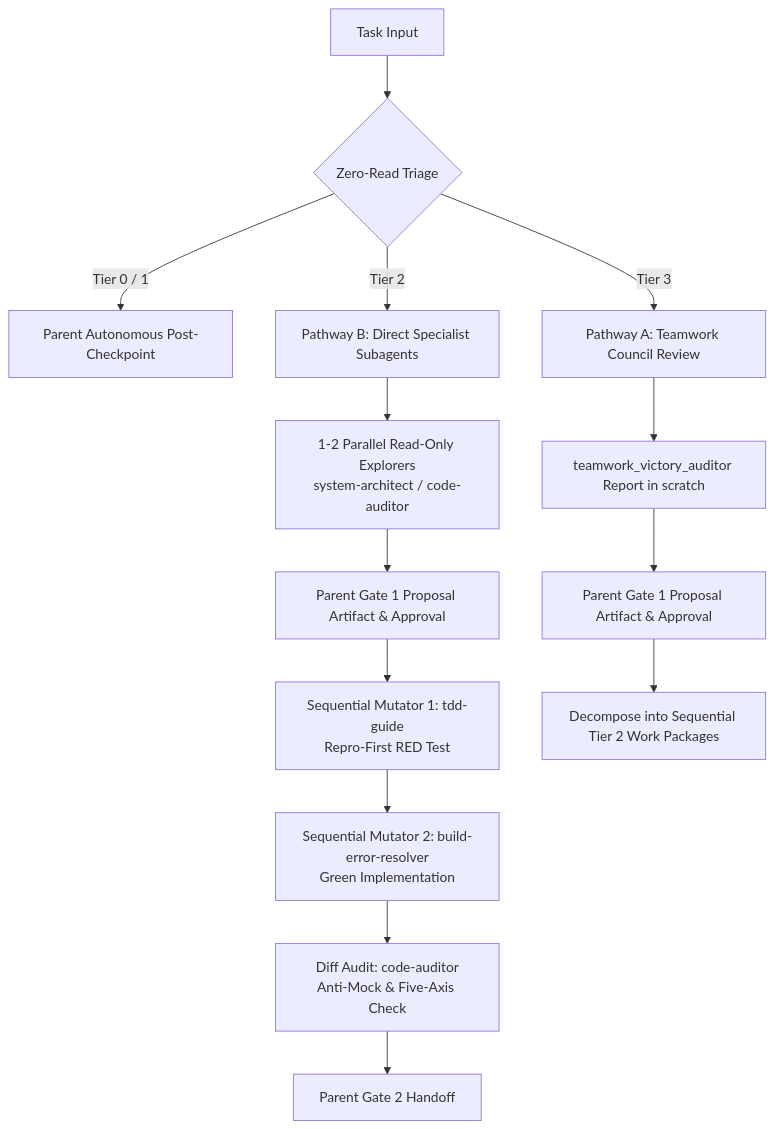
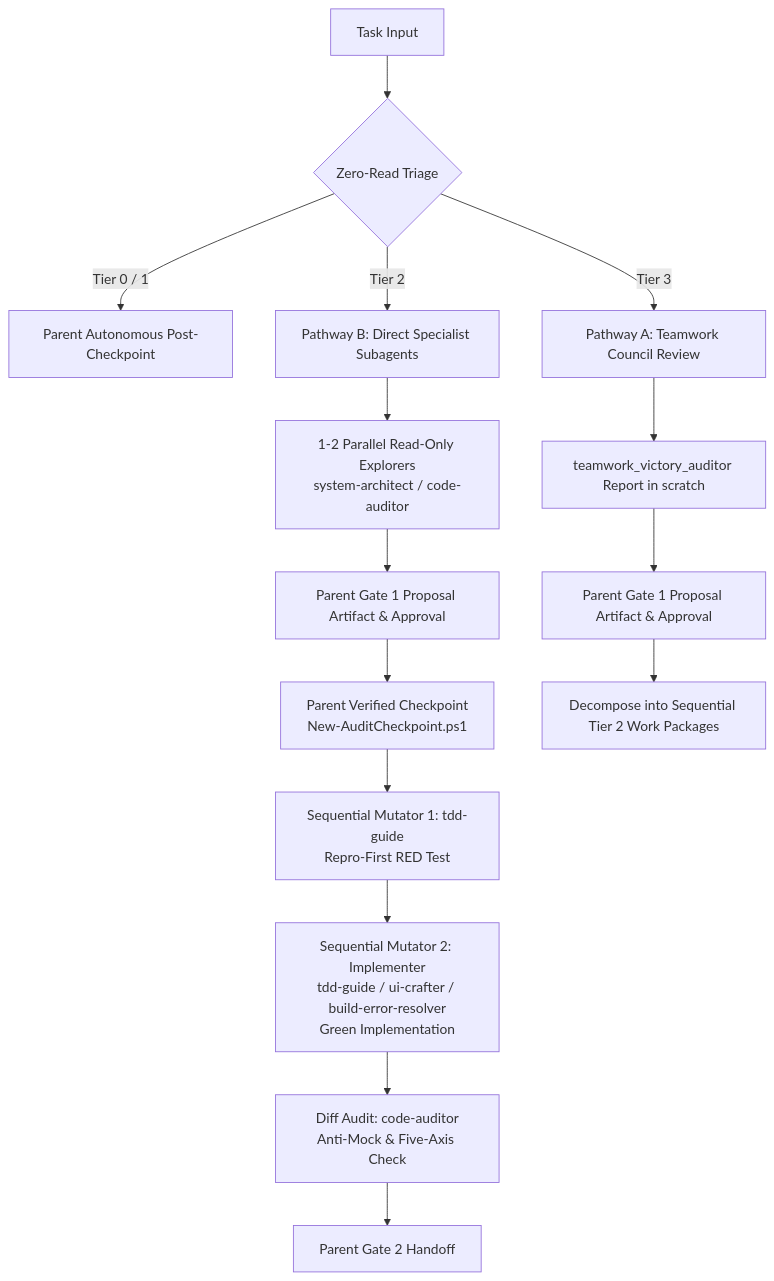
Before and after one commit to afif25fradana/everyday-agy: the diagram in config/skills/orchestrator/SKILL.md, drawn with Mermaid. The commit also changed other lines of this file and 4 other files, not shown here.

Commit message:
feat(orchestrator): harmonize implementer parity, checkpoint sequencing, and skill pruning (ADR-0021)

````diff
--- a/config/skills/orchestrator/SKILL.md
+++ b/config/skills/orchestrator/SKILL.md
@@ -58,18 +58,19 @@
 ```mermaid
 flowchart TD
-    Task[Task Input] --> Triage{Zero-Read Triage}
-    Triage -->|Tier 0 / 1| ParentDirect[Parent Autonomous Post-Checkpoint]
-    Triage -->|Tier 2| DirectSpecialists[Pathway B: Direct Specialist Subagents]
-    Triage -->|Tier 3| TeamworkCouncil[Pathway A: Teamwork Council Review]
+    Task["Task Input"] --> Triage{"Zero-Read Triage"}
+    Triage -->|"Tier 0 / 1"| ParentDirect["Parent Autonomous Post-Checkpoint"]
+    Triage -->|"Tier 2"| DirectSpecialists["Pathway B: Direct Specialist Subagents"]
+    Triage -->|"Tier 3"| TeamworkCouncil["Pathway A: Teamwork Council Review"]
     
-    DirectSpecialists --> S1[1-2 Parallel Read-Only Explorers<br/>system-architect / code-auditor]
-    S1 --> Gate1[Parent Gate 1 Proposal Artifact & Approval]
-    Gate1 --> S2[Sequential Mutator 1: tdd-guide<br/>Repro-First RED Test]
-    S2 --> S3[Sequential Mutator 2: build-error-resolver<br/>Green Implementation]
-    S3 --> S4[Diff Audit: code-auditor<br/>Anti-Mock & Five-Axis Check]
-    S4 --> Gate2[Parent Gate 2 Handoff]
+    DirectSpecialists --> S1["1-2 Parallel Read-Only Explorers<br/>system-architect / code-auditor"]
+    S1 --> Gate1["Parent Gate 1 Proposal Artifact & Approval"]
+    Gate1 --> Ckpt["Parent Verified Checkpoint<br/>New-AuditCheckpoint.ps1"]
+    Ckpt --> S2["Sequential Mutator 1: tdd-guide<br/>Repro-First RED Test"]
+    S2 --> S3["Sequential Mutator 2: Implementer<br/>tdd-guide / ui-crafter / build-error-resolver<br/>Green Implementation"]
+    S3 --> S4["Diff Audit: code-auditor<br/>Anti-Mock & Five-Axis Check"]
+    S4 --> Gate2["Parent Gate 2 Handoff"]
     
-    TeamworkCouncil --> TCReport[teamwork_victory_auditor Report in scratch]
-    TCReport --> Gate1TC[Parent Gate 1 Proposal Artifact & Approval]
-    Gate1TC --> T3Exec[Decompose into Sequential Tier 2 Work Packages]
+    TeamworkCouncil --> TCReport["teamwork_victory_auditor Report in scratch"]
+    TCReport --> Gate1TC["Parent Gate 1 Proposal Artifact & Approval"]
+    Gate1TC --> T3Exec["Decompose into Sequential Tier 2 Work Packages"]
 ```
````
